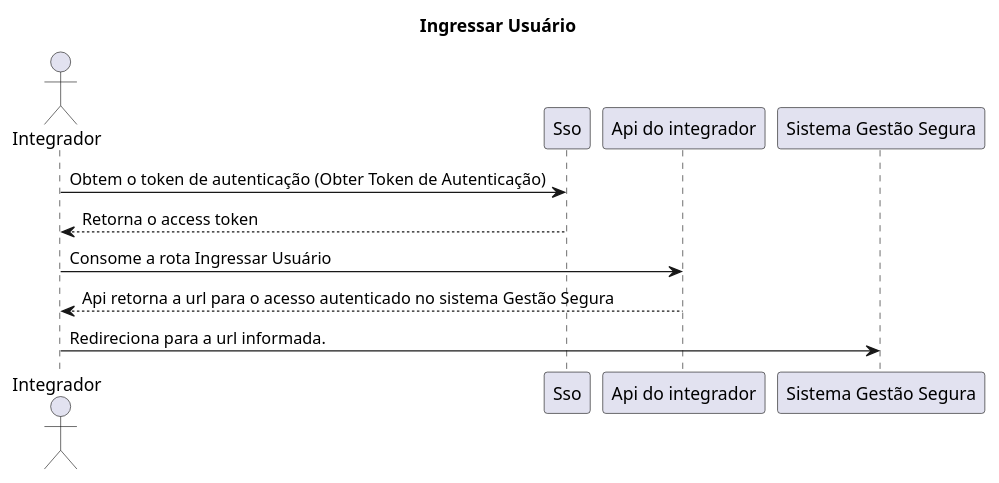
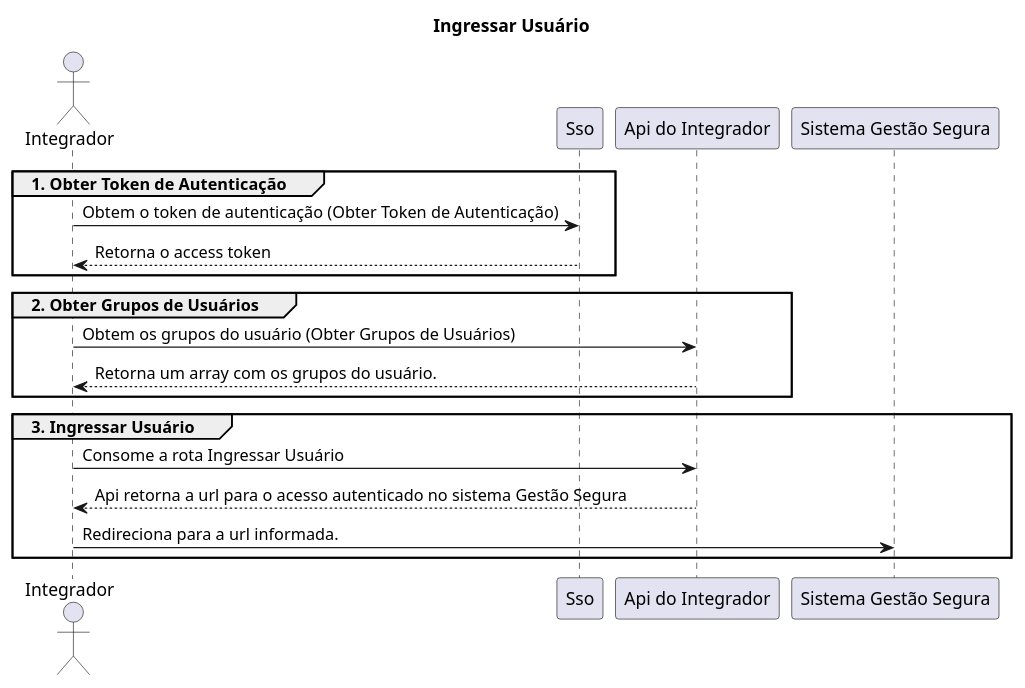
Before and after one commit to gestao-segura/docs: the diagram in sequencia-ingressar-usuario.puml, drawn with PlantUML. The commit also changed 6 other files, not shown here.

Commit message:
feat: acertando os diagramas

```diff
--- a/sequencia-ingressar-usuario.puml
+++ b/sequencia-ingressar-usuario.puml
@@ -1,14 +1,23 @@
 @startuml
 title Ingressar Usuário
 actor Integrador
 participant "Sso" as Sso
-participant "Api do integrador" as ApiIntegrador
+participant "Api do Integrador" as ApiIntegrador
 participant "Sistema Gestão Segura" as GestaoSegura
 
-Integrador -> Sso: Obtem o token de autenticação (Obter Token de Autenticação)
-Sso --> Integrador: Retorna o access token
+group 1. Obter Token de Autenticação
+    Integrador -> Sso: Obtem o token de autenticação (Obter Token de Autenticação)
+    Sso --> Integrador: Retorna o access token
+end group
 
-Integrador -> ApiIntegrador: Consome a rota Ingressar Usuário
-ApiIntegrador --> Integrador: Api retorna a url para o acesso autenticado no sistema Gestão Segura
-Integrador -> GestaoSegura: Redireciona para a url informada.
+group 2. Obter Grupos de Usuários
+    Integrador -> ApiIntegrador: Obtem os grupos do usuário (Obter Grupos de Usuários)
+    ApiIntegrador --> Integrador: Retorna um array com os grupos do usuário.
+end group
+
+group 3. Ingressar Usuário
+    Integrador -> ApiIntegrador: Consome a rota Ingressar Usuário
+    ApiIntegrador --> Integrador: Api retorna a url para o acesso autenticado no sistema Gestão Segura
+    Integrador -> GestaoSegura: Redireciona para a url informada.
+end group
 @enduml
```
